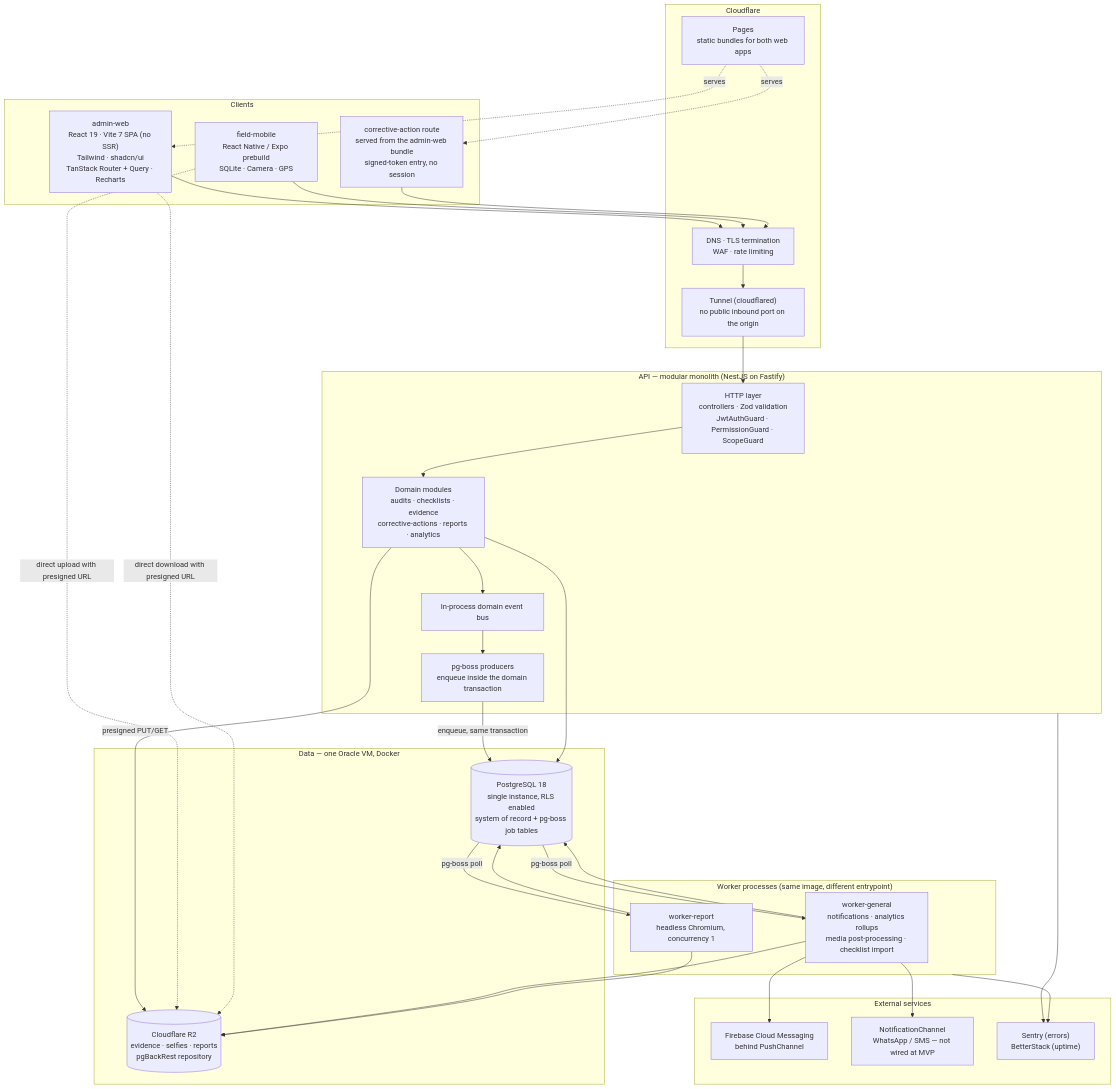
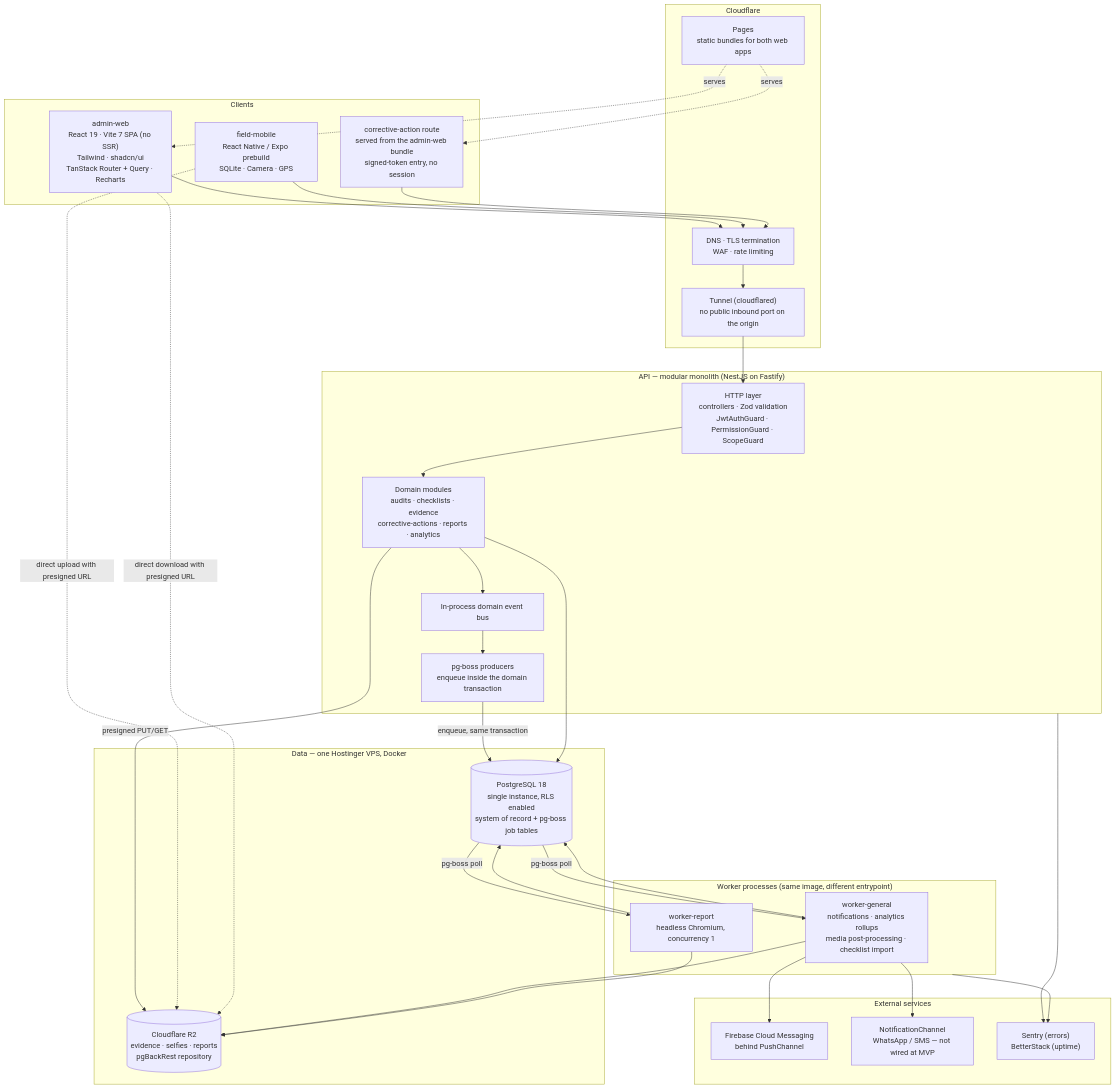
The first of 6 diagrams in ARCHITECTURE.md (team-abassociate/audit5s), drawn with Mermaid before and after one commit. The commit also changed 16 other files, not shown here.

First line of the commit message:
fix: the host is a Hostinger VPS on 8 GB, and the images are amd64

````diff
--- a/ARCHITECTURE.md
+++ b/ARCHITECTURE.md
@@ -491,66 +491,66 @@
 ```mermaid
 flowchart TB
     subgraph clients["Clients"]
         WEB["admin-web<br/>React 19 · Vite 7 SPA (no SSR)<br/>Tailwind · shadcn/ui<br/>TanStack Router + Query · Recharts"]
         MOB["field-mobile<br/>React Native / Expo prebuild<br/>SQLite · Camera · GPS"]
         CAW["corrective-action route<br/>served from the admin-web bundle<br/>signed-token entry, no session"]
     end
 
     subgraph edge["Cloudflare"]
         CDN["DNS · TLS termination<br/>WAF · rate limiting"]
         PAGES["Pages<br/>static bundles for both web apps"]
         TUNNEL["Tunnel (cloudflared)<br/>no public inbound port on the origin"]
     end
 
     subgraph api["API — modular monolith (NestJS on Fastify)"]
         HTTP["HTTP layer<br/>controllers · Zod validation<br/>JwtAuthGuard · PermissionGuard · ScopeGuard"]
         DOMAIN["Domain modules<br/>audits · checklists · evidence<br/>corrective-actions · reports · analytics"]
         BUS["In-process domain event bus"]
         PROD["pg-boss producers<br/>enqueue inside the domain transaction"]
     end
 
     subgraph workers["Worker processes (same image, different entrypoint)"]
         WGEN["worker-general<br/>notifications · analytics rollups<br/>media post-processing · checklist import"]
         WREPORT["worker-report<br/>headless Chromium, concurrency 1"]
     end
 
-    subgraph data["Data — one Oracle VM, Docker"]
+    subgraph data["Data — one Hostinger VPS, Docker"]
         PG[("PostgreSQL 18<br/>single instance, RLS enabled<br/>system of record + pg-boss job tables")]
         R2[("Cloudflare R2<br/>evidence · selfies · reports<br/>pgBackRest repository")]
     end
 
     subgraph external["External services"]
         FCM["Firebase Cloud Messaging<br/>behind PushChannel"]
         NCH["NotificationChannel<br/>WhatsApp / SMS — not wired at MVP"]
         OBS["Sentry (errors)<br/>BetterStack (uptime)"]
     end
 
     WEB --> CDN
     MOB --> CDN
     CAW --> CDN
     PAGES -.->|serves| WEB
     PAGES -.->|serves| CAW
     CDN --> TUNNEL
     TUNNEL --> HTTP
     HTTP --> DOMAIN
     DOMAIN --> BUS
     BUS --> PROD
     PROD -->|enqueue, same transaction| PG
     DOMAIN --> PG
     DOMAIN -->|presigned PUT/GET| R2
     MOB -.->|direct upload with presigned URL| R2
     WEB -.->|direct download with presigned URL| R2
 
     PG -->|pg-boss poll| WGEN
     PG -->|pg-boss poll| WREPORT
 
     WGEN --> FCM
     WGEN --> NCH
     WGEN --> PG
     WGEN --> R2
     WREPORT --> PG
     WREPORT --> R2
 
     api --> OBS
     workers --> OBS
 ```
````
